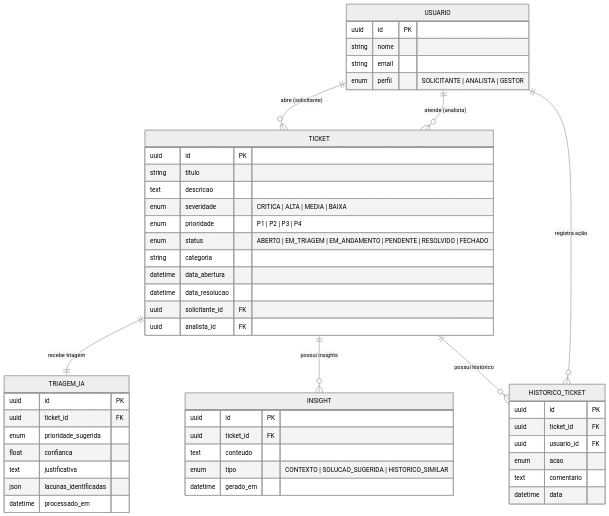
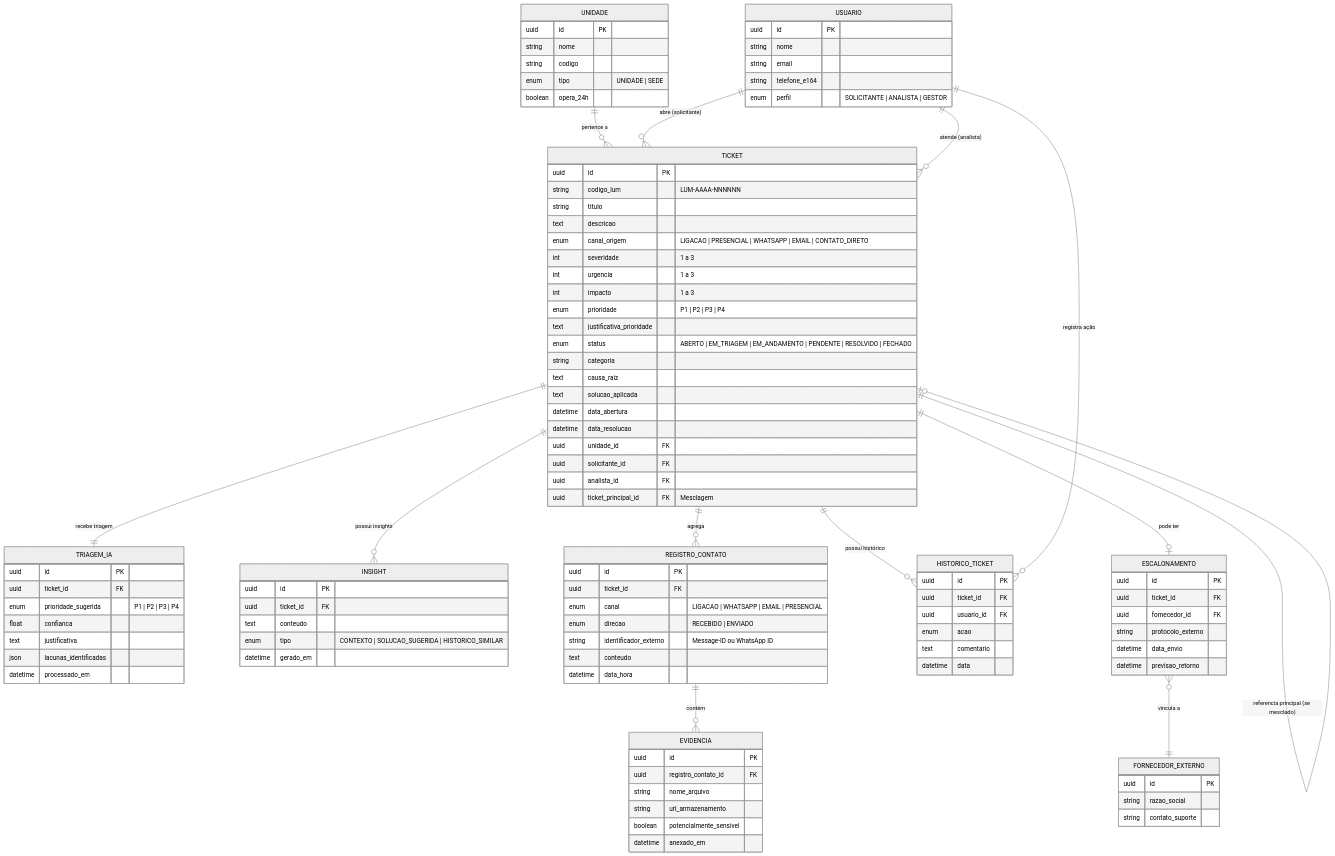
The second of 2 diagrams in docs/01-analise-de-dominio.md (LouisLuos/AvanDesk-AI), drawn with Mermaid (neutral theme) before and after one commit. The commit also changed other lines of this file and 6 other files, not shown here.

````diff
--- a/docs/01-analise-de-dominio.md
+++ b/docs/01-analise-de-dominio.md
@@ -114,27 +156,45 @@
         uuid id PK
         string nome
         string email
+        string telefone_e164
         enum perfil "SOLICITANTE | ANALISTA | GESTOR"
+    }
+
+    UNIDADE {
+        uuid id PK
+        string nome
+        string codigo
+        enum tipo "UNIDADE | SEDE"
+        boolean opera_24h
     }
 
     TICKET {
         uuid id PK
+        string codigo_lum "LUM-AAAA-NNNNNN"
         string titulo
         text descricao
-        enum severidade "CRITICA | ALTA | MEDIA | BAIXA"
+        enum canal_origem "LIGACAO | PRESENCIAL | WHATSAPP | EMAIL | CONTATO_DIRETO"
+        int severidade "1 a 3"
+        int urgencia "1 a 3"
+        int impacto "1 a 3"
         enum prioridade "P1 | P2 | P3 | P4"
+        text justificativa_prioridade
         enum status "ABERTO | EM_TRIAGEM | EM_ANDAMENTO | PENDENTE | RESOLVIDO | FECHADO"
         string categoria
+        text causa_raiz
+        text solucao_aplicada
         datetime data_abertura
         datetime data_resolucao
+        uuid unidade_id FK
         uuid solicitante_id FK
         uuid analista_id FK
+        uuid ticket_principal_id FK "Mesclagem"
     }
 
     TRIAGEM_IA {
         uuid id PK
         uuid ticket_id FK
-        enum prioridade_sugerida
+        enum prioridade_sugerida "P1 | P2 | P3 | P4"
         float confianca
         text justificativa
         json lacunas_identificadas
@@ -149,6 +209,25 @@
         datetime gerado_em
     }
 
+    REGISTRO_CONTATO {
+        uuid id PK
+        uuid ticket_id FK
+        enum canal "LIGACAO | WHATSAPP | EMAIL | PRESENCIAL"
+        enum direcao "RECEBIDO | ENVIADO"
+        string identificador_externo "Message-ID ou WhatsApp ID"
+        text conteudo
+        datetime data_hora
+    }
+
+    EVIDENCIA {
+        uuid id PK
+        uuid registro_contato_id FK
+        string nome_arquivo
+        string url_armazenamento
+        boolean potencialmente_sensivel
+        datetime anexado_em
+    }
+
     HISTORICO_TICKET {
         uuid id PK
         uuid ticket_id FK
@@ -158,10 +237,31 @@
         datetime data
     }
 
+    ESCALONAMENTO {
+        uuid id PK
+        uuid ticket_id FK
+        uuid fornecedor_id FK
+        string protocolo_externo
+        datetime data_envio
+        datetime previsao_retorno
+    }
+
+    FORNECEDOR_EXTERNO {
+        uuid id PK
+        string razao_social
+        string contato_suporte
+    }
+
+    UNIDADE ||--o{ TICKET : "pertence a"
     USUARIO ||--o{ TICKET : "abre (solicitante)"
     USUARIO ||--o{ TICKET : "atende (analista)"
     TICKET ||--|| TRIAGEM_IA : "recebe triagem"
     TICKET ||--o{ INSIGHT : "possui insights"
+    TICKET ||--o{ REGISTRO_CONTATO : "agrega"
+    REGISTRO_CONTATO ||--o{ EVIDENCIA : "contém"
     TICKET ||--o{ HISTORICO_TICKET : "possui histórico"
     USUARIO ||--o{ HISTORICO_TICKET : "registra ação"
+    TICKET ||--o| ESCALONAMENTO : "pode ter"
+    ESCALONAMENTO }o--|| FORNECEDOR_EXTERNO : "vincula a"
+    TICKET ||--o| TICKET : "referencia principal (se mesclado)"
 ```
````
